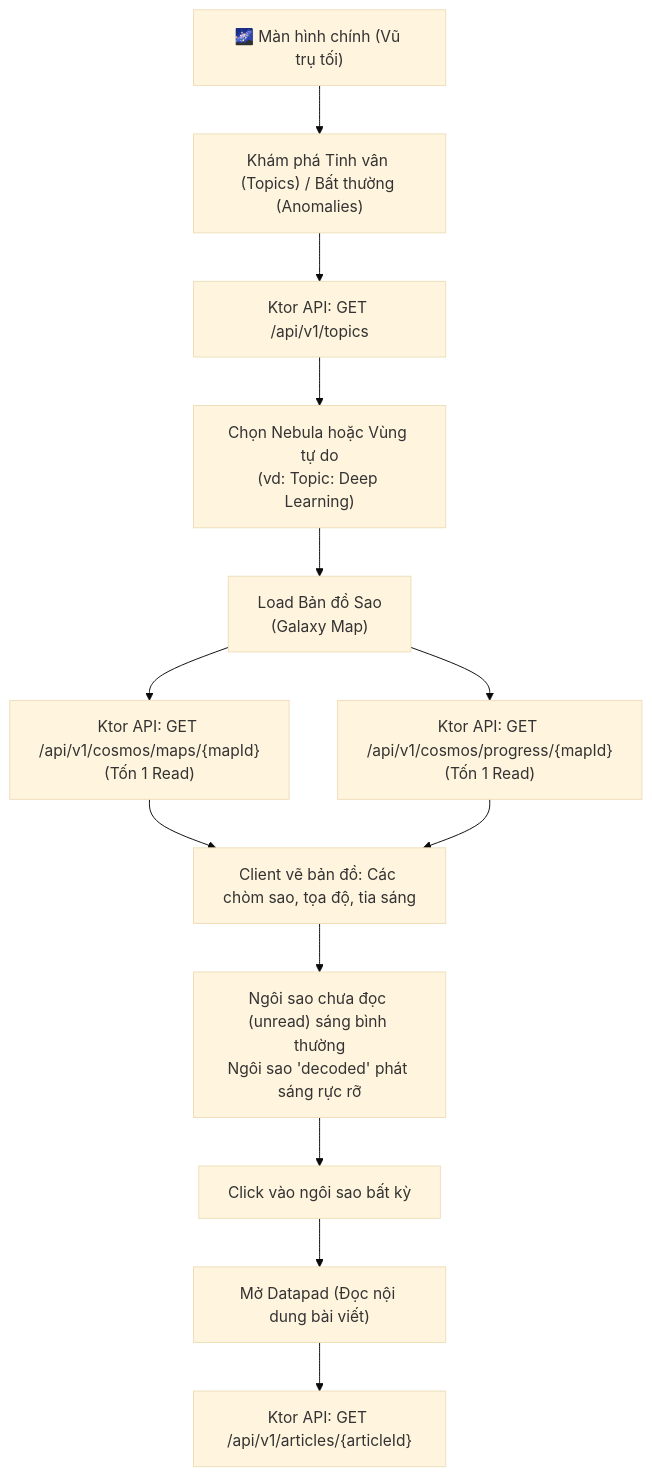
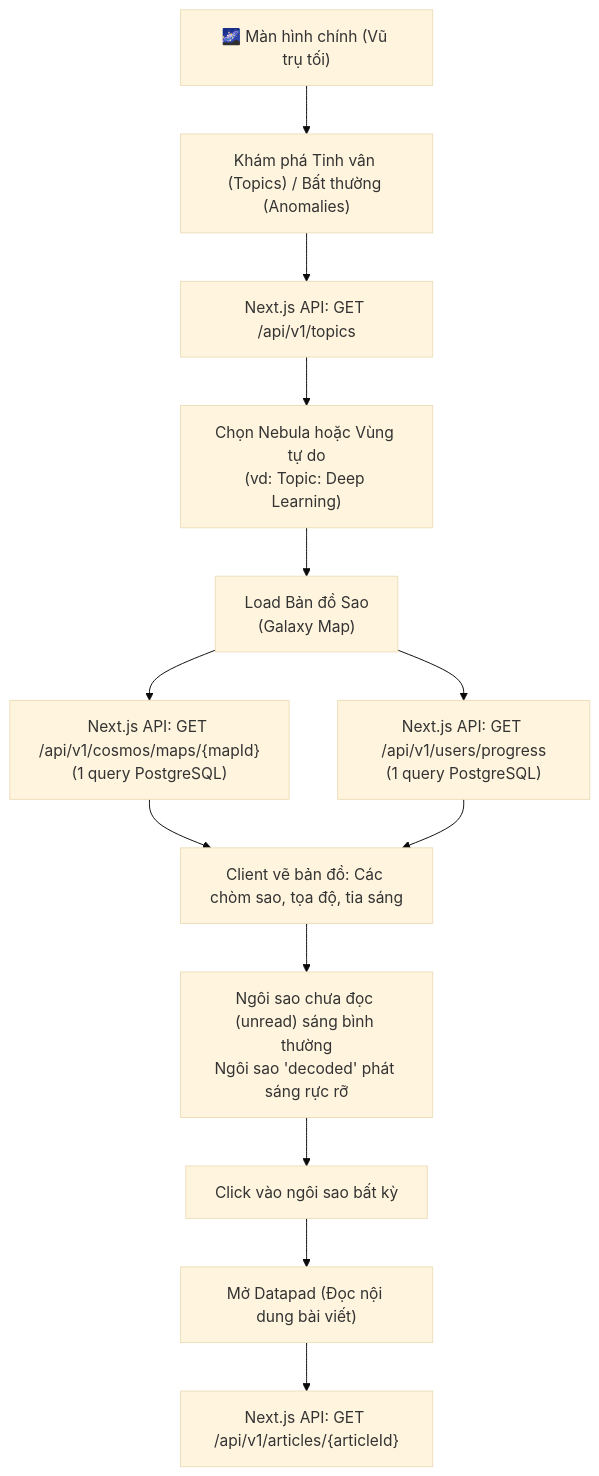
One commit to iAmHieu2012/Sequoia changed the first of 5 diagrams in docs/analysis/user-flows.md. Above: the diagram before and after it, drawn with Mermaid (base theme). The commit also changed other lines of this file and 14 other files, not shown here.

````diff
--- a/docs/analysis/user-flows.md
+++ b/docs/analysis/user-flows.md
@@ -10,18 +10,18 @@
 ```mermaid
 flowchart TD
     A["🌌 Màn hình chính (Vũ trụ tối)"] --> B["Khám phá Tinh vân (Topics) / Bất thường (Anomalies)"]
-    B --> C["Ktor API: GET /api/v1/topics"]
+    B --> C["Next.js API: GET /api/v1/topics"]
     C --> D["Chọn Nebula hoặc Vùng tự do<br/>(vd: Topic: Deep Learning)"]
     D --> E["Load Bản đồ Sao<br/>(Galaxy Map)"]
     
-    E --> F["Ktor API: GET /api/v1/cosmos/maps/{mapId}<br/>(Tốn 1 Read)"]
-    E --> G["Ktor API: GET /api/v1/cosmos/progress/{mapId}<br/>(Tốn 1 Read)"]
+    E --> F["Next.js API: GET /api/v1/cosmos/maps/{mapId}<br/>(1 query PostgreSQL)"]
+    E --> G["Next.js API: GET /api/v1/users/progress<br/>(1 query PostgreSQL)"]
     
     F --> H["Client vẽ bản đồ: Các chòm sao, tọa độ, tia sáng"]
     G --> H
     
     H --> J["Ngôi sao chưa đọc (unread) sáng bình thường<br/>Ngôi sao 'decoded' phát sáng rực rỡ"]
     J --> K["Click vào ngôi sao bất kỳ"]
     K --> L["Mở Datapad (Đọc nội dung bài viết)"]
-    L --> M["Ktor API: GET /api/v1/articles/{articleId}"]
+    L --> M["Next.js API: GET /api/v1/articles/{articleId}"]
 ```
````
